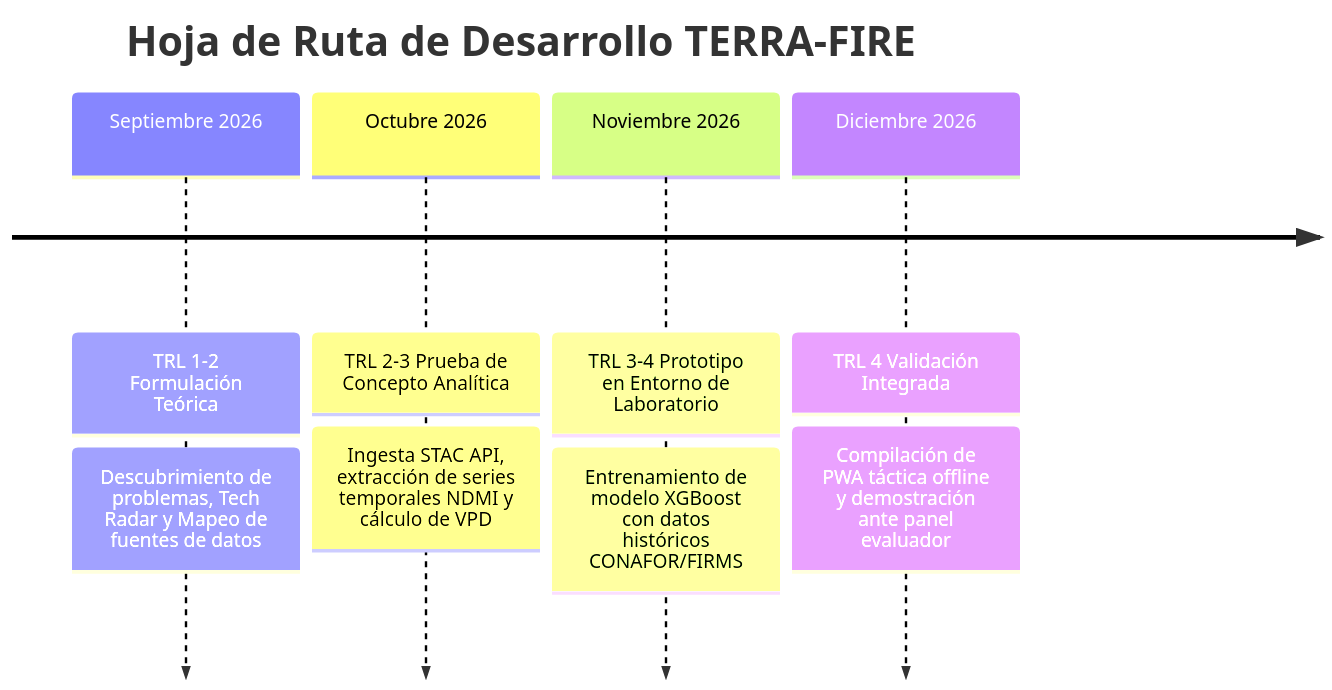
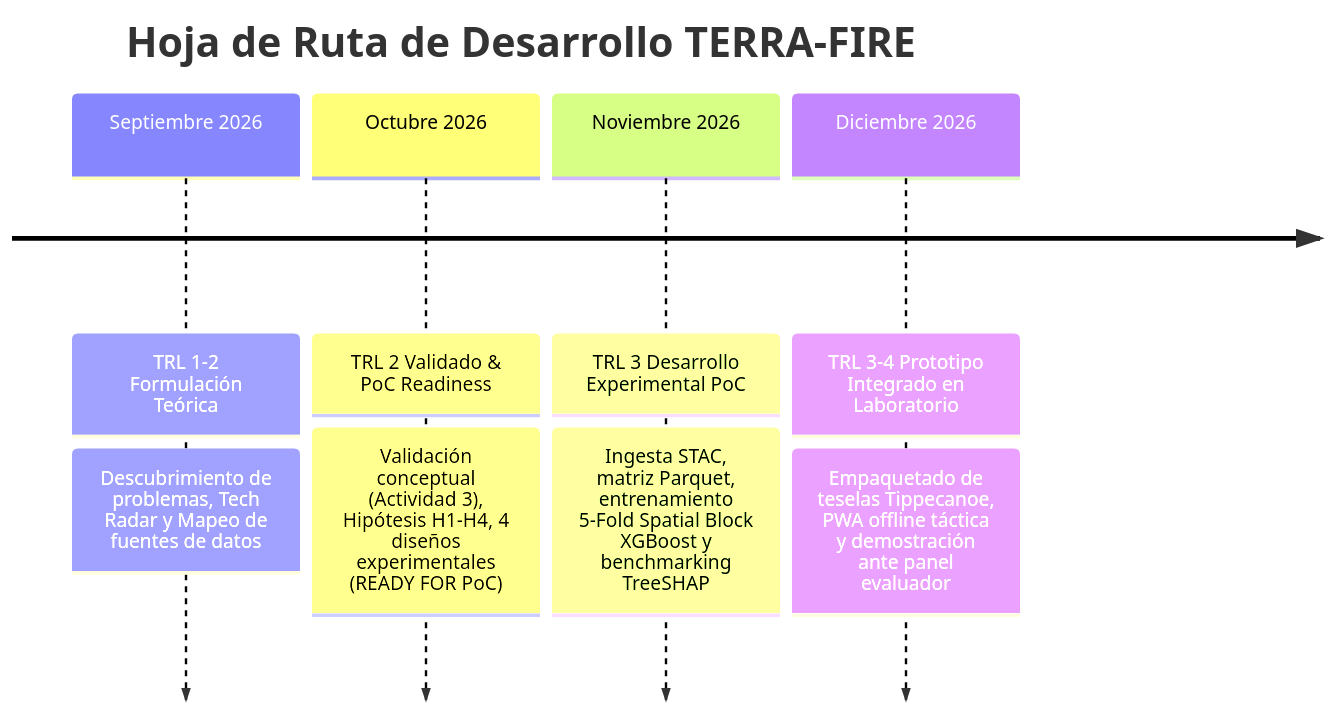
Before and after one commit to AngelGTZ28/TerraFire_vault: the third of 3 diagrams in 00 - Dashboard & Overview/00 - TERRA-FIRE Central Dashboard.md, drawn with Mermaid. The commit also changed other lines of this file and 21 other files, not shown here.

````diff
--- a/00 - Dashboard & Overview/00 - TERRA-FIRE Central Dashboard.md
+++ b/00 - Dashboard & Overview/00 - TERRA-FIRE Central Dashboard.md
@@ -156,8 +168,8 @@
 ```mermaid
 timeline
     title Hoja de Ruta de Desarrollo TERRA-FIRE
     Septiembre 2026 : TRL 1-2 Formulación Teórica : Descubrimiento de problemas, Tech Radar y Mapeo de fuentes de datos
-    Octubre 2026 : TRL 2-3 Prueba de Concepto Analítica : Ingesta STAC API, extracción de series temporales NDMI y cálculo de VPD
-    Noviembre 2026 : TRL 3-4 Prototipo en Entorno de Laboratorio : Entrenamiento de modelo XGBoost con datos históricos CONAFOR/FIRMS
-    Diciembre 2026 : TRL 4 Validación Integrada : Compilación de PWA táctica offline y demostración ante panel evaluador
+    Octubre 2026 : TRL 2 Validado & PoC Readiness : Validación conceptual (Actividad 3), Hipótesis H1-H4, 4 diseños experimentales (READY FOR PoC)
+    Noviembre 2026 : TRL 3 Desarrollo Experimental PoC : Ingesta STAC, matriz Parquet, entrenamiento 5-Fold Spatial Block XGBoost y benchmarking TreeSHAP
+    Diciembre 2026 : TRL 3-4 Prototipo Integrado en Laboratorio : Empaquetado de teselas Tippecanoe, PWA offline táctica y demostración ante panel evaluador
 ```
````
